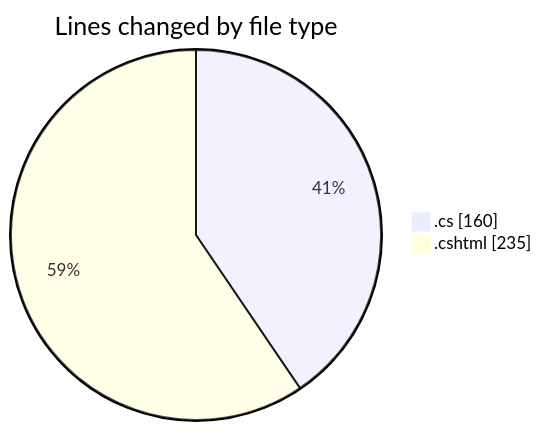
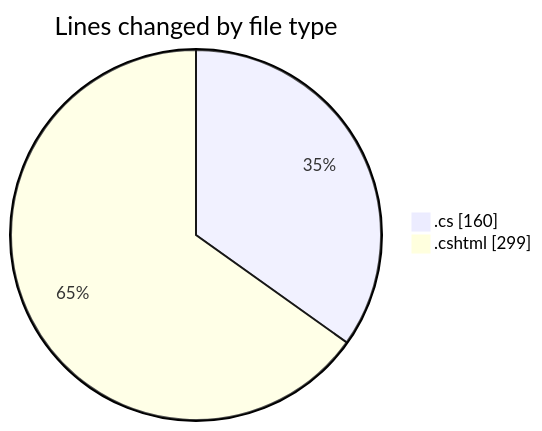
One commit to lephambinh05/code-tracking changed the first of 2 diagrams in 2025-07-16/nhahang/README.md. Above: the diagram before and after it, drawn with Mermaid. The commit also changed other lines of this file and 1 other file, not shown here.

````diff
--- a/2025-07-16/nhahang/README.md
+++ b/2025-07-16/nhahang/README.md
@@ -35,6 +35,6 @@
 ```mermaid
 pie showData
 title Lines changed by file type
 ".cs" : 160
-".cshtml" : 235
+".cshtml" : 299
 ```
````
